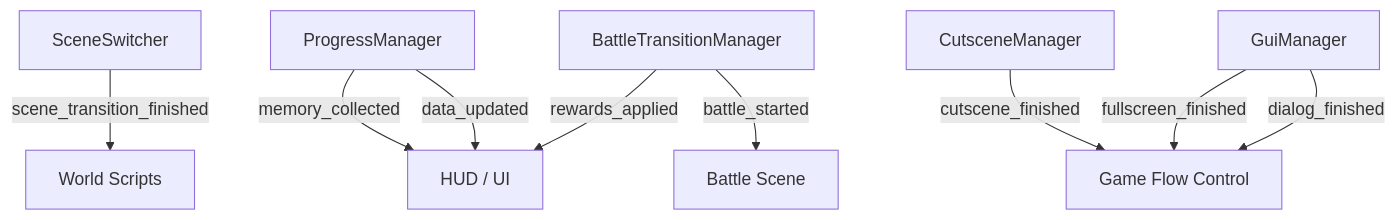
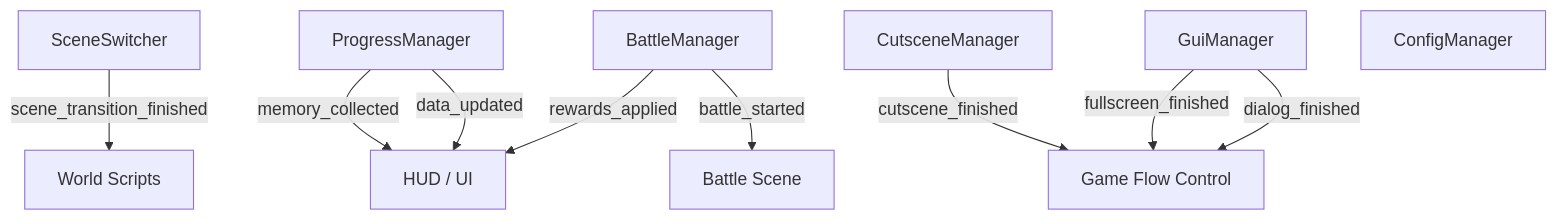
Before and after one commit to iamkuo/project_terminus: the first of 6 diagrams in docs/ARCHITECTURE.md, drawn with Mermaid. The commit also changed other lines of this file and 6 other files, not shown here.

Commit message:
docs: add comprehensive project documentation and update README for architecture and development reference

````diff
--- a/docs/ARCHITECTURE.md
+++ b/docs/ARCHITECTURE.md
@@ -11,23 +11,24 @@
 ```mermaid
 graph TD
     %% Autoloads
     PM["ProgressManager"]
     SS["SceneSwitcher"]
     GM["GuiManager"]
     CM["CutsceneManager"]
-    BTM["BattleTransitionManager"]
+    BM["BattleManager"]
+    Cfg["ConfigManager"]
 
     %% Interactions
     PM -->|data_updated| HUD["HUD / UI"]
     PM -->|memory_collected| HUD
     
     SS -->|scene_transition_finished| World["World Scripts"]
     
     GM -->|dialog_finished| Flow["Game Flow Control"]
     GM -->|fullscreen_finished| Flow
     
     CM -->|cutscene_finished| Flow
     
-    BTM -->|battle_started| Battle["Battle Scene"]
-    BTM -->|rewards_applied| HUD
+    BM -->|battle_started| Battle["Battle Scene"]
+    BM -->|rewards_applied| HUD
 ```
````
